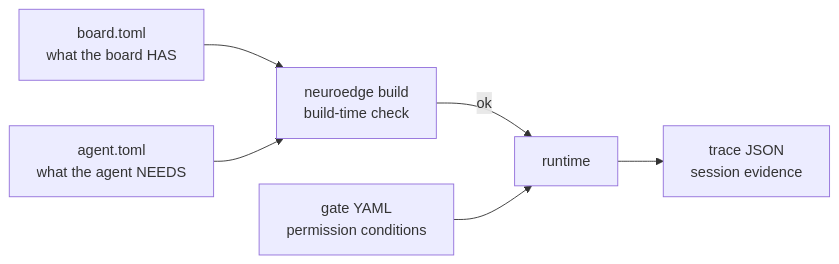
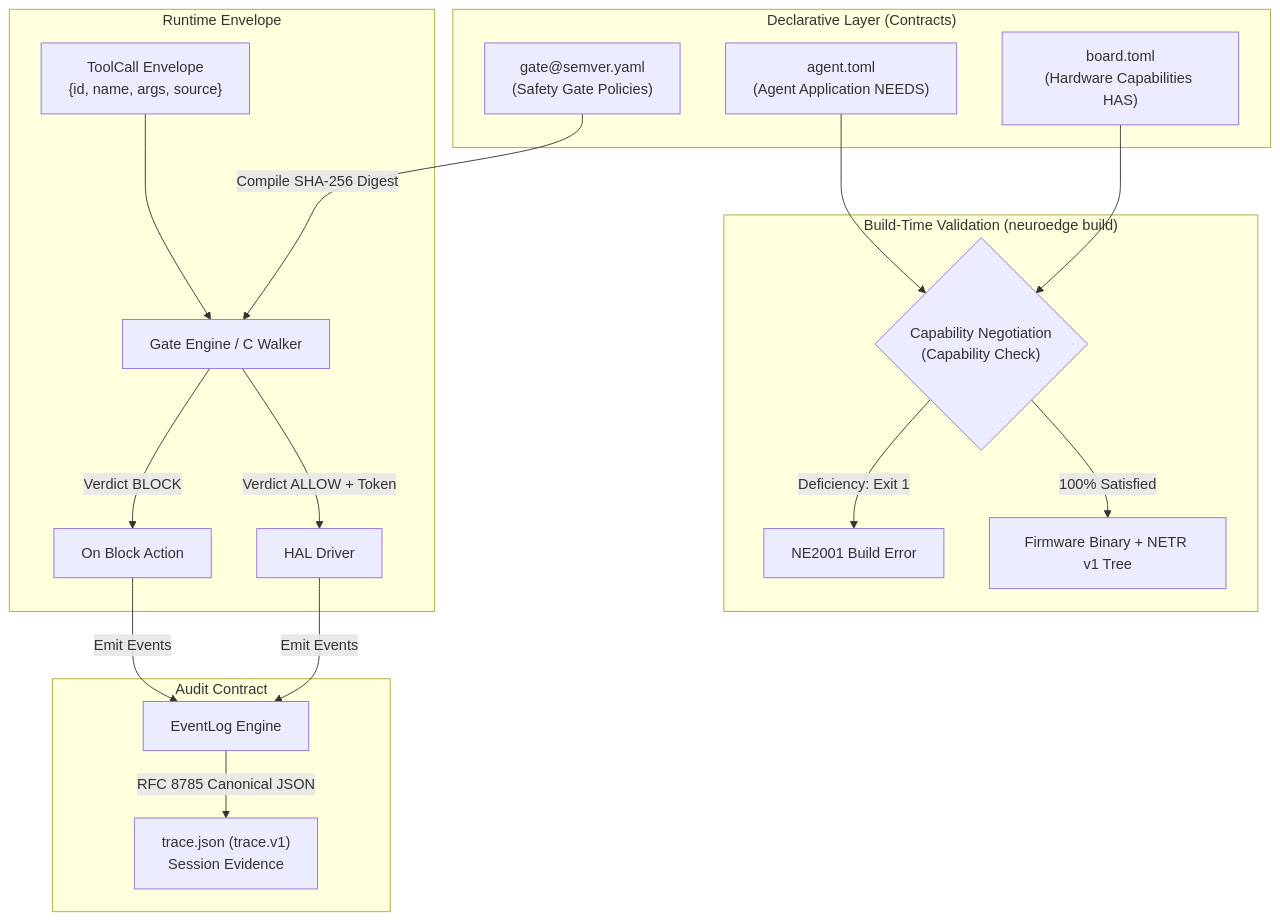
One commit to letrongminh/neuroedge-init changed the first of 2 diagrams in docs/architecture/en/07-data-contracts.md. Above: the diagram before and after it, drawn with Mermaid. The commit also changed other lines of this file and 35 other files, not shown here.

First line of the commit message:
docs(architecture): comprehensive upgrade of architecture suite, Mermaid diagrams and vector posters

````diff
--- a/docs/architecture/en/07-data-contracts.md
+++ b/docs/architecture/en/07-data-contracts.md
@@ -8,8 +13,30 @@
 ```mermaid
-flowchart LR
-    BT[board.toml<br/>what the board HAS] --> BL[neuroedge build<br/>build-time check]
-    AT[agent.toml<br/>what the agent NEEDS] --> BL
-    BL -->|ok| RT[runtime]
-    GT[gate YAML<br/>permission conditions] --> RT
-    RT --> TR[trace JSON<br/>session evidence]
+flowchart TD
+    subgraph DeclarativeLayer["Declarative Layer (Contracts)"]
+        BT["board.toml<br/>(Hardware Capabilities HAS)"]
+        AT["agent.toml<br/>(Agent Application NEEDS)"]
+        GT["gate@semver.yaml<br/>(Safety Gate Policies)"]
+    end
+
+    subgraph BuildContract["Build-Time Validation (neuroedge build)"]
+        CAP{"Capability Negotiation<br/>(Capability Check)"}
+        BT --> CAP
+        AT --> CAP
+        CAP -->|Deficiency: Exit 1| ERR1[NE2001 Build Error]
+        CAP -->|100% Satisfied| BLD[Firmware Binary + NETR v1 Tree]
+    end
+
+    subgraph RuntimeEnvelope["Runtime Envelope"]
+        TC["ToolCall Envelope<br/>{id, name, args, source}"]
+        GT -->|Compile SHA-256 Digest| GW[Gate Engine / C Walker]
+        TC --> GW
+        GW -->|Verdict ALLOW + Token| HAL[HAL Driver]
+        GW -->|Verdict BLOCK| REJ[On Block Action]
+    end
+
+    subgraph AuditContract["Audit Contract"]
+        HAL -->|Emit Events| EV[EventLog Engine]
+        REJ -->|Emit Events| EV
+        EV -->|RFC 8785 Canonical JSON| TR["trace.json (trace.v1)<br/>Session Evidence"]
+    end
 ```
````
